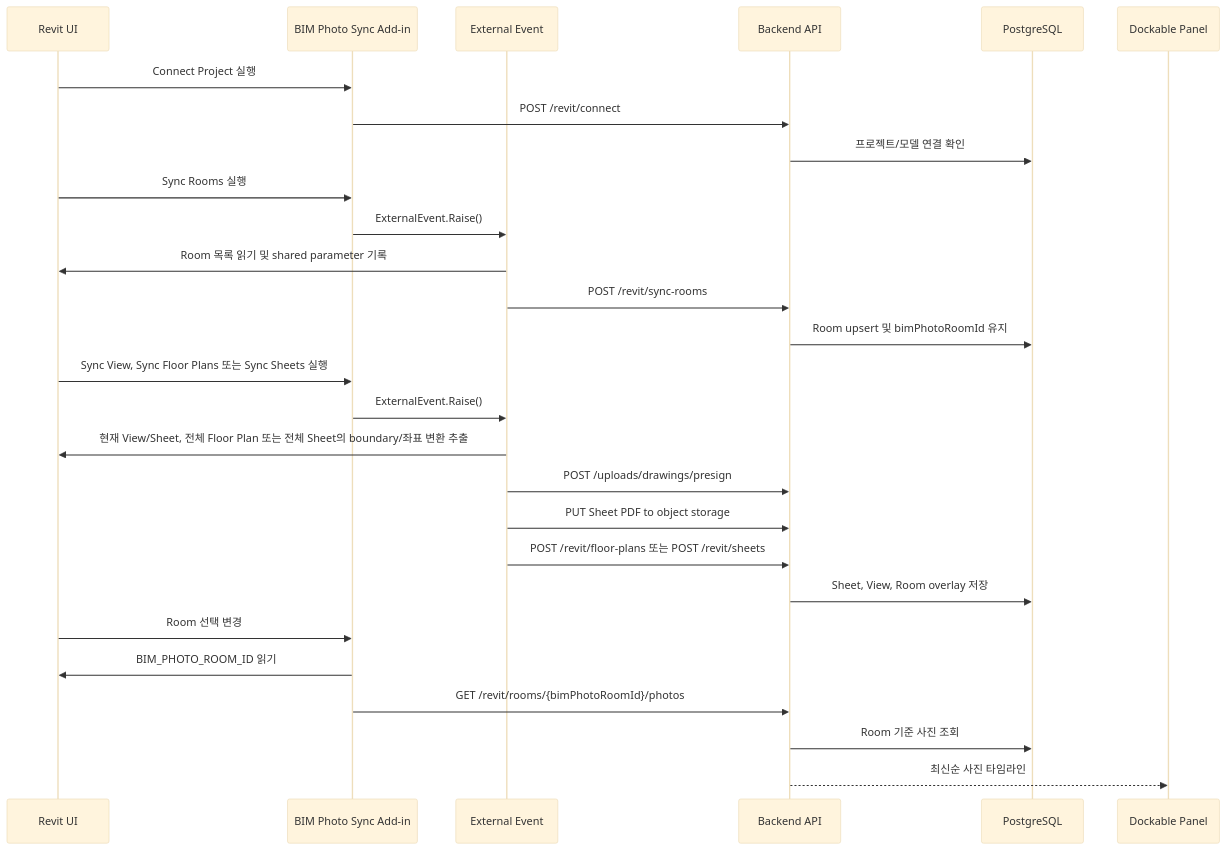
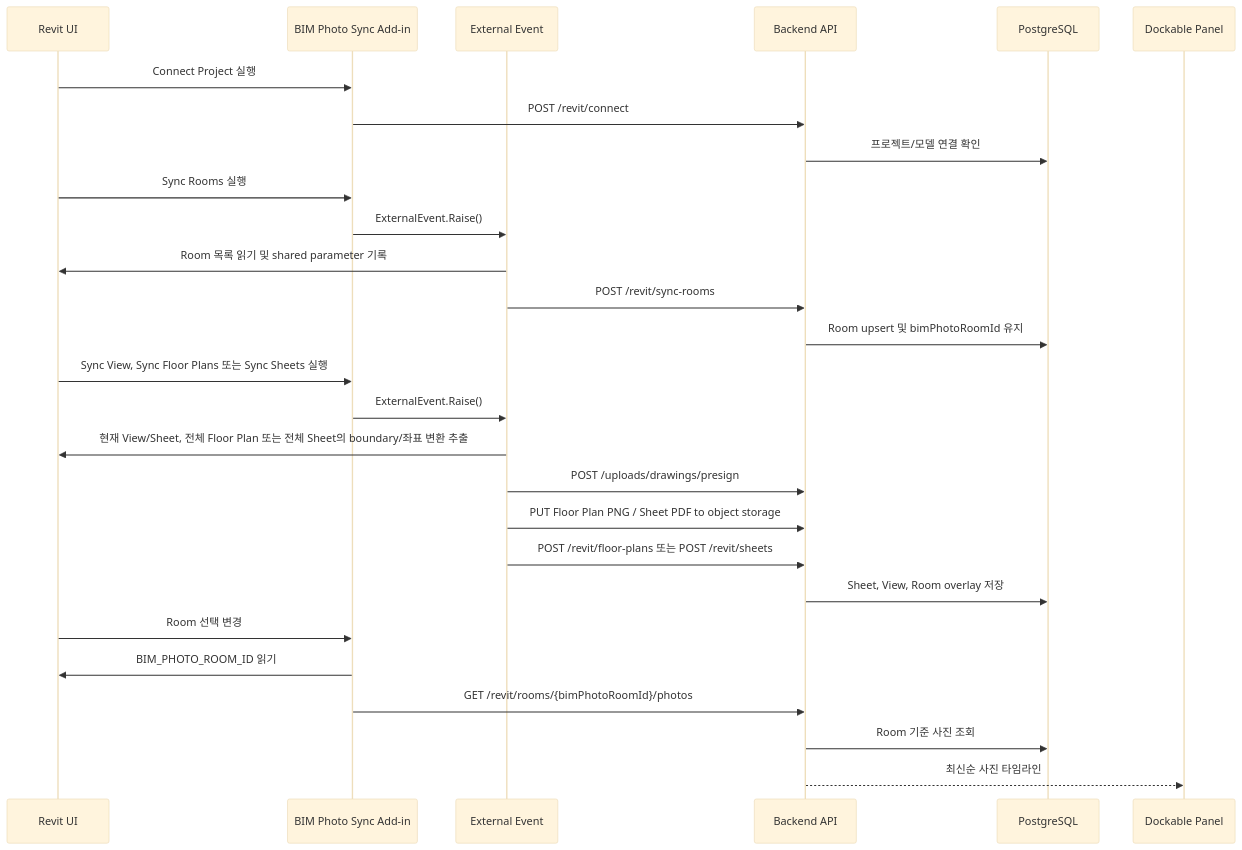
The fourth of 5 diagrams in README.md (KHSOL/BIMPhotoSync), drawn with Mermaid (base theme) before and after one commit. The commit also changed other lines of this file, not shown here.

Commit message:
Document release install flow (#19)

````diff
--- a/README.md
+++ b/README.md
@@ -118,30 +118,30 @@
 ```mermaid
 sequenceDiagram
   participant Revit as Revit UI
   participant Addin as BIM Photo Sync Add-in
   participant Event as External Event
   participant API as Backend API
   participant DB as PostgreSQL
   participant Panel as Dockable Panel
 
   Revit->>Addin: Connect Project 실행
   Addin->>API: POST /revit/connect
   API->>DB: 프로젝트/모델 연결 확인
   Revit->>Addin: Sync Rooms 실행
   Addin->>Event: ExternalEvent.Raise()
   Event->>Revit: Room 목록 읽기 및 shared parameter 기록
   Event->>API: POST /revit/sync-rooms
   API->>DB: Room upsert 및 bimPhotoRoomId 유지
   Revit->>Addin: Sync View, Sync Floor Plans 또는 Sync Sheets 실행
   Addin->>Event: ExternalEvent.Raise()
   Event->>Revit: 현재 View/Sheet, 전체 Floor Plan 또는 전체 Sheet의 boundary/좌표 변환 추출
   Event->>API: POST /uploads/drawings/presign
-  Event->>API: PUT Sheet PDF to object storage
+  Event->>API: PUT Floor Plan PNG / Sheet PDF to object storage
   Event->>API: POST /revit/floor-plans 또는 POST /revit/sheets
   API->>DB: Sheet, View, Room overlay 저장
   Revit->>Addin: Room 선택 변경
   Addin->>Revit: BIM_PHOTO_ROOM_ID 읽기
   Addin->>API: GET /revit/rooms/{bimPhotoRoomId}/photos
   API->>DB: Room 기준 사진 조회
   API-->>Panel: 최신순 사진 타임라인
 ```
````
